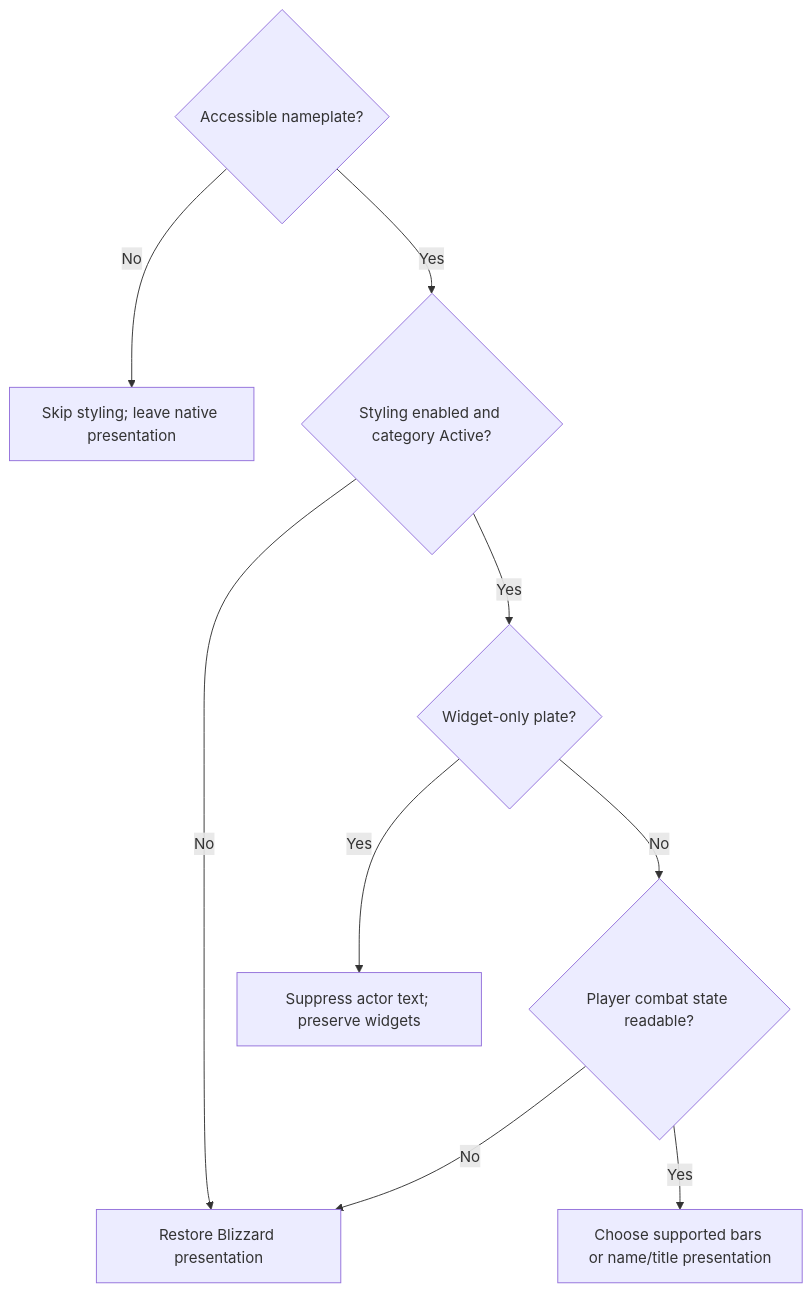
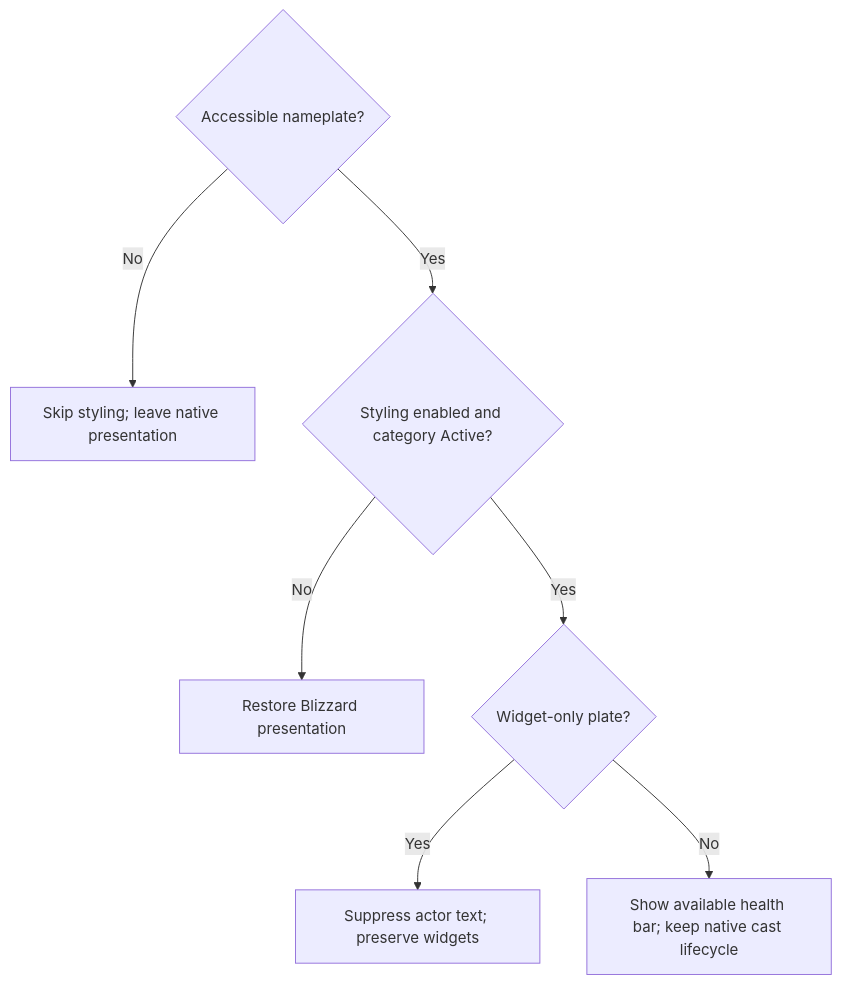
The second of 2 diagrams in docs/design/evaluation-overview.md (bblackmoor/SimpleNameplates), drawn with Mermaid before and after one commit. The commit also changed other lines of this file and 17 other files, not shown here.

Commit message:
Use uniform health bars and alternate casts with long titles (1.0.162)

````diff
--- a/docs/design/evaluation-overview.md
+++ b/docs/design/evaluation-overview.md
@@ -61,12 +61,10 @@
 ```mermaid
 flowchart TD
     A{"Accessible nameplate?"}
     A -->|No| L["Skip styling; leave native presentation"]
     A -->|Yes| B{"Styling enabled and category Active?"}
     B -->|No| R["Restore Blizzard presentation"]
     B -->|Yes| W{"Widget-only plate?"}
     W -->|Yes| S["Suppress actor text; preserve widgets"]
-    W -->|No| C{"Player combat state readable?"}
-    C -->|No| R
-    C -->|Yes| P["Choose supported bars or name/title presentation"]
+    W -->|No| P["Show available health bar; keep native cast lifecycle"]
 ```
````
